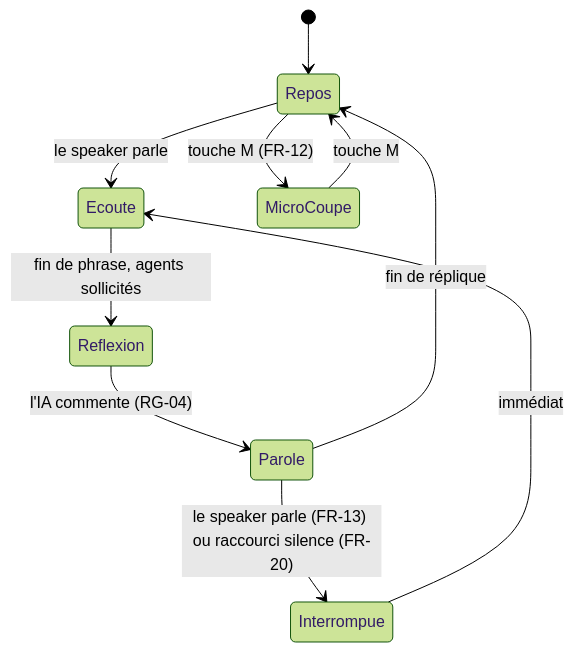
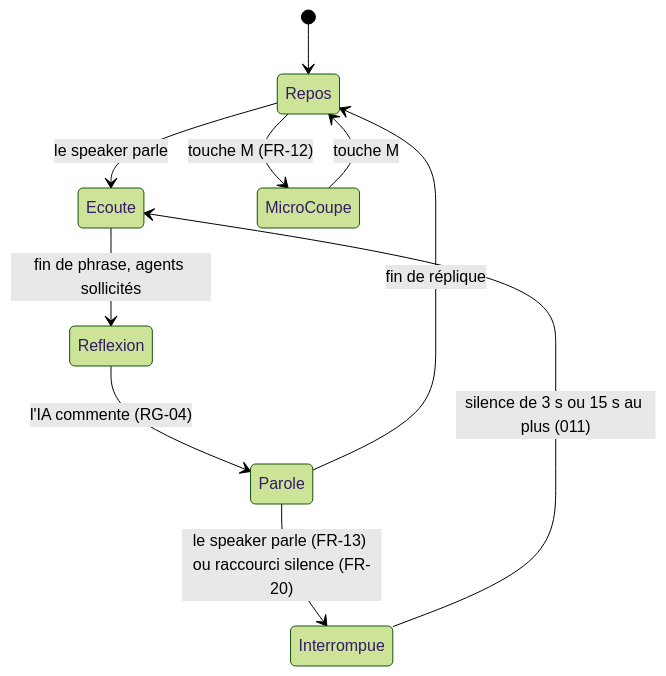
The diagram in product/functional/screen.md (b-fontaine/ai_voice_ui), drawn with Mermaid (forest theme) before and after one commit. The commit also changed other lines of this file and 28 other files, not shown here.

````diff
--- a/product/functional/screen.md
+++ b/product/functional/screen.md
@@ -78,12 +78,12 @@
 ```mermaid
 stateDiagram-v2
     [*] --> Repos
     Repos --> Ecoute : le speaker parle
     Ecoute --> Reflexion : fin de phrase, agents sollicités
     Reflexion --> Parole : l'IA commente (RG-04)
     Parole --> Interrompue : le speaker parle (FR-13) ou raccourci silence (FR-20)
-    Interrompue --> Ecoute : immédiat
+    Interrompue --> Ecoute : silence de 3 s ou 15 s au plus (011)
     Parole --> Repos : fin de réplique
     Repos --> MicroCoupe : touche M (FR-12)
     MicroCoupe --> Repos : touche M
 ```
````
